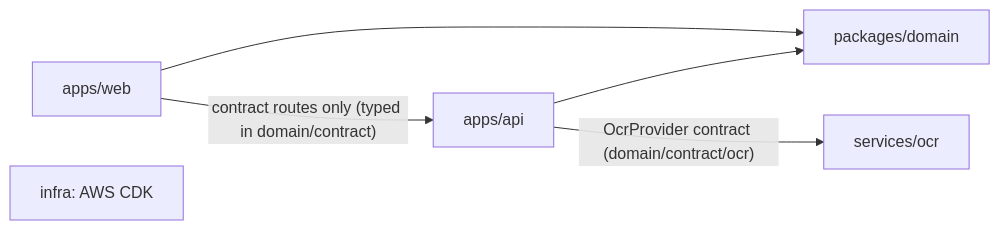
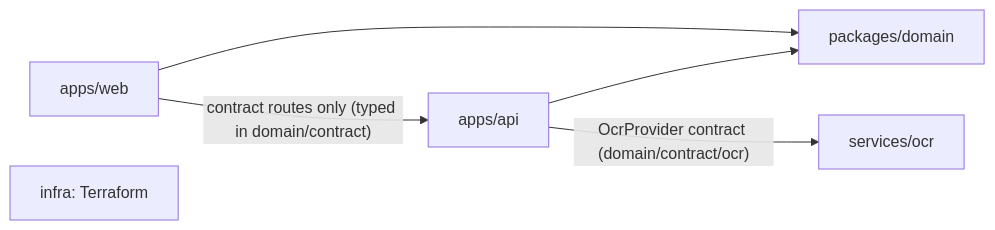
The first of 3 diagrams in _bmad-output/planning-artifacts/architecture/architecture-fasor-2026-09-21/ARCHITECTURE-SPINE.md (matheusvt2/fasor-app), drawn with Mermaid before and after one commit. The commit also changed other lines of this file and 3 other files, not shown here.

First line of the commit message:
Infrastructure as Terraform instead of AWS CDK; Story 11.8 Definition of Ready (AWS CLI login, containers, S3 state)

````diff
--- a/_bmad-output/planning-artifacts/architecture/architecture-fasor-2026-09-21/ARCHITECTURE-SPINE.md
+++ b/_bmad-output/planning-artifacts/architecture/architecture-fasor-2026-09-21/ARCHITECTURE-SPINE.md
@@ -38,12 +38,12 @@
 ```mermaid
 graph LR
   domain[packages/domain]
   web[apps/web]
   api[apps/api]
   ocr[services/ocr]
-  infra[infra: AWS CDK]
+  infra[infra: Terraform]
   web --> domain
   api --> domain
   web -- "contract routes only (typed in domain/contract)" --> api
   api -- "OcrProvider contract (domain/contract/ocr)" --> ocr
 ```
````
